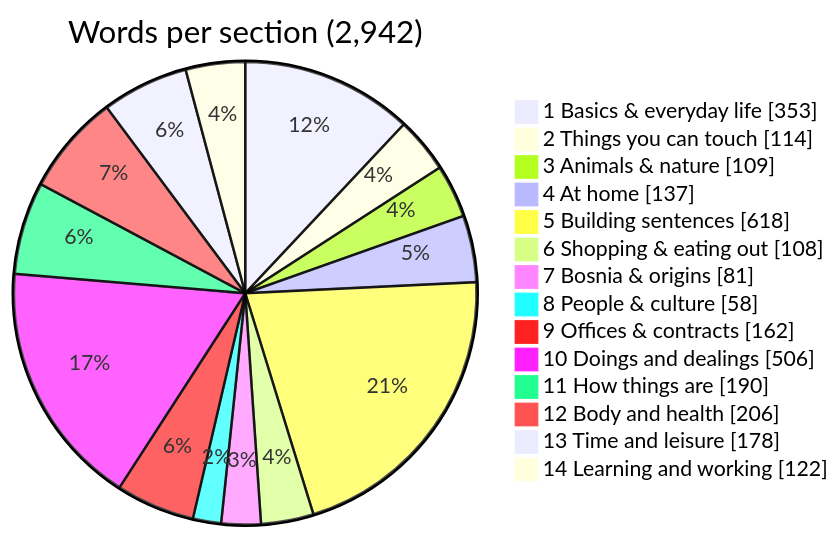
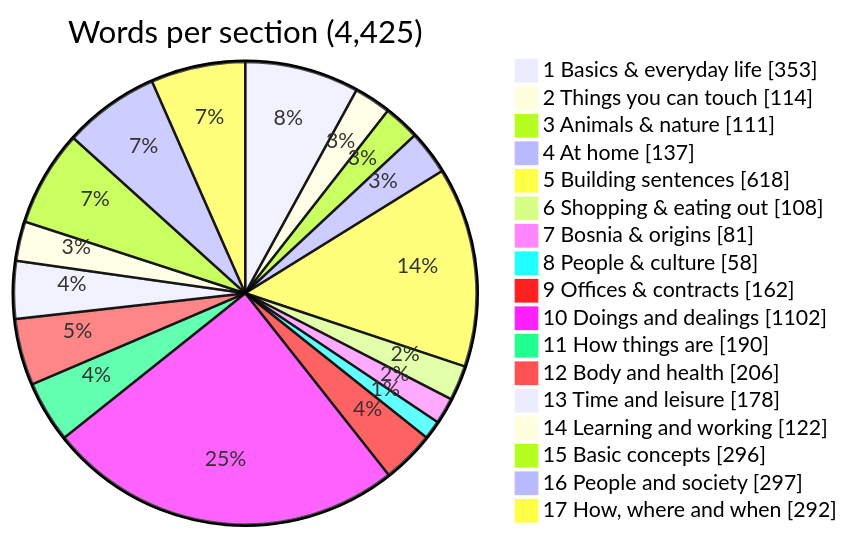
Before and after one commit to zmaj-lernapp/zmaj: the first of 2 diagrams in data/DATASHEET.md, drawn with Mermaid. The commit also changed other lines of this file and 65 other files, not shown here.

````diff
--- a/data/DATASHEET.md
+++ b/data/DATASHEET.md
@@ -24,17 +24,20 @@
 ```mermaid
-pie showData title Words per section (2,942)
+pie showData title Words per section (4,425)
   "1 Basics & everyday life" : 353
   "2 Things you can touch" : 114
-  "3 Animals & nature" : 109
+  "3 Animals & nature" : 111
   "4 At home" : 137
   "5 Building sentences" : 618
   "6 Shopping & eating out" : 108
   "7 Bosnia & origins" : 81
   "8 People & culture" : 58
   "9 Offices & contracts" : 162
-  "10 Doings and dealings" : 506
+  "10 Doings and dealings" : 1102
   "11 How things are" : 190
   "12 Body and health" : 206
   "13 Time and leisure" : 178
   "14 Learning and working" : 122
+  "15 Basic concepts" : 296
+  "16 People and society" : 297
+  "17 How, where and when" : 292
 ```
````
